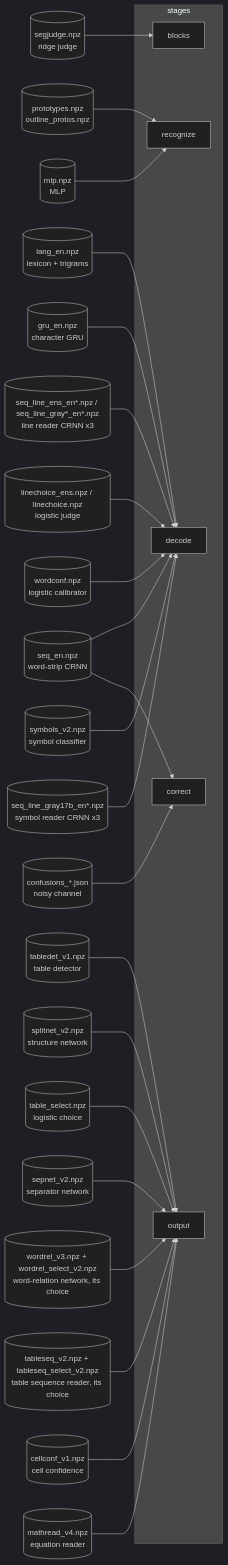
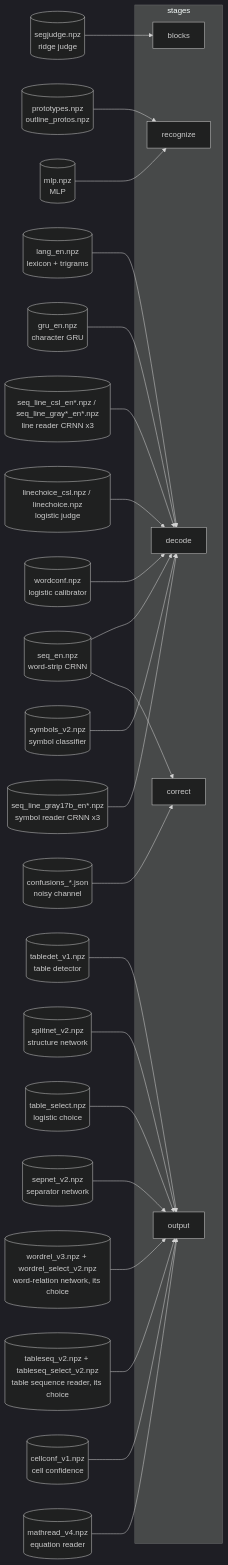
One commit to msharpe248/mlws-ocr changed the seventh of 13 diagrams in docs/ARCHITECTURE.md. Above: the diagram before and after it, drawn with Mermaid (dark theme). The commit also changed other lines of this file and 15 other files, not shown here.

````diff
--- a/docs/ARCHITECTURE.md
+++ b/docs/ARCHITECTURE.md
@@ -329,31 +329,31 @@
 ```mermaid
 flowchart LR
     subgraph stagesL[stages]
         blocksS[blocks]
         recS[recognize]
         decS[decode]
         corS[correct]
         outS[output]
     end
     segjudge[(segjudge.npz<br/>ridge judge)] --> blocksS
     protos[(prototypes.npz<br/>outline_protos.npz)] --> recS
     mlp[(mlp.npz<br/>MLP)] --> recS
     lang[(lang_en.npz<br/>lexicon + trigrams)] --> decS
     gru[(gru_en.npz<br/>character GRU)] --> decS
     seq[(seq_en.npz<br/>word-strip CRNN)] --> decS
-    line[(seq_line_ens_en*.npz / seq_line_gray*_en*.npz<br/>line reader CRNN x3)] --> decS
-    lchoice[(linechoice_ens.npz / linechoice.npz<br/>logistic judge)] --> decS
+    line[(seq_line_csl_en*.npz / seq_line_gray*_en*.npz<br/>line reader CRNN x3)] --> decS
+    lchoice[(linechoice_csl.npz / linechoice.npz<br/>logistic judge)] --> decS
     wconf[(wordconf.npz<br/>logistic calibrator)] --> decS
     sym[(symbols_v2.npz<br/>symbol classifier)] --> decS
     symr[(seq_line_gray17b_en*.npz<br/>symbol reader CRNN x3)] --> decS
     conf[(confusions_*.json<br/>noisy channel)] --> corS
     seq --> corS
     det[(tabledet_v1.npz<br/>table detector)] --> outS
     split[(splitnet_v2.npz<br/>structure network)] --> outS
     sel[(table_select.npz<br/>logistic choice)] --> outS
     sep[(sepnet_v2.npz<br/>separator network)] --> outS
     wrel[(wordrel_v3.npz + wordrel_select_v2.npz<br/>word-relation network, its choice)] --> outS
     tseq[(tableseq_v2.npz + tableseq_select_v2.npz<br/>table sequence reader, its choice)] --> outS
     cconf[(cellconf_v1.npz<br/>cell confidence)] --> outS
     math[(mathread_v4.npz<br/>equation reader)] --> outS
 ```
````
